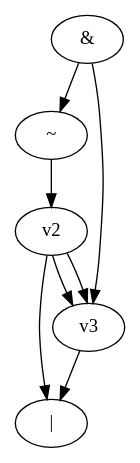
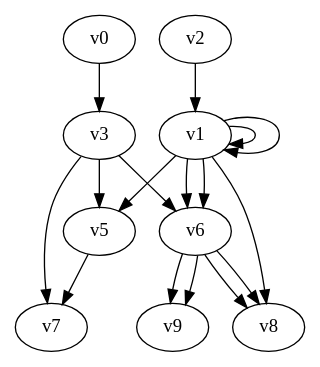
One commit to yadej/graph_project changed the diagram in tmp.dot. Above: the diagram before and after it, drawn with Graphviz. The commit also changed 2 other files, not shown here.

```diff
--- a/tmp.dot
+++ b/tmp.dot
@@ -1,10 +1,16 @@
 digraph G { 
-v0[label="&"]; 
-v1[label="~"]; 
-v4[label="|"]; 
-v0 -> v1 -> v2;
-v0 -> v3 -> v4;
-v2 -> v3;
-v2 -> v3;
-v2 -> v4;
+v0 -> v3;
+v1 -> v5 -> v7;
+v1 -> v8;
+v1 -> v6;
+v1 -> v6;
+v1 -> v1 -> v1;
+v2 -> v1;
+v3 -> v5;
+v3 -> v6;
+v3 -> v7;
+v6 -> v8;
+v6 -> v8;
+v6 -> v9;
+v6 -> v9;
 }
```
